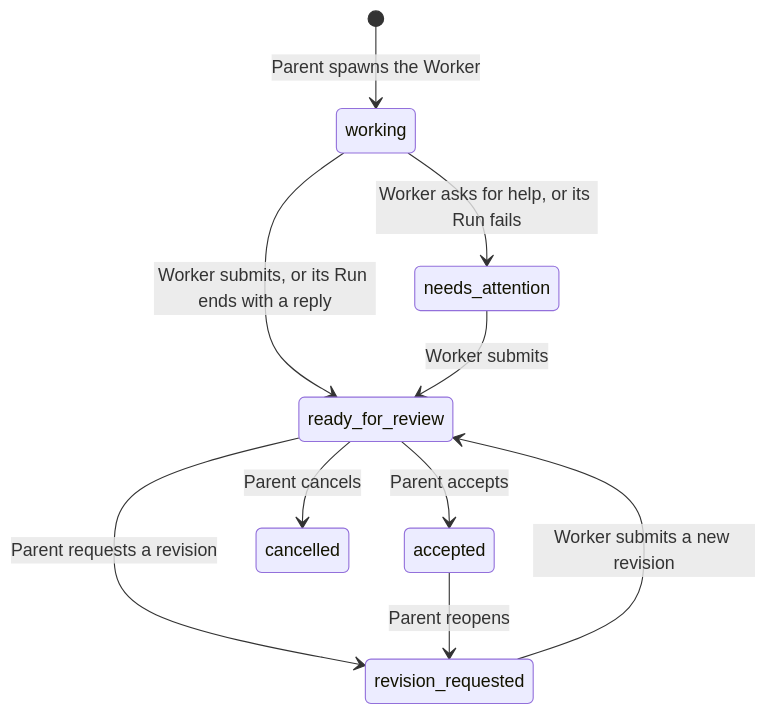
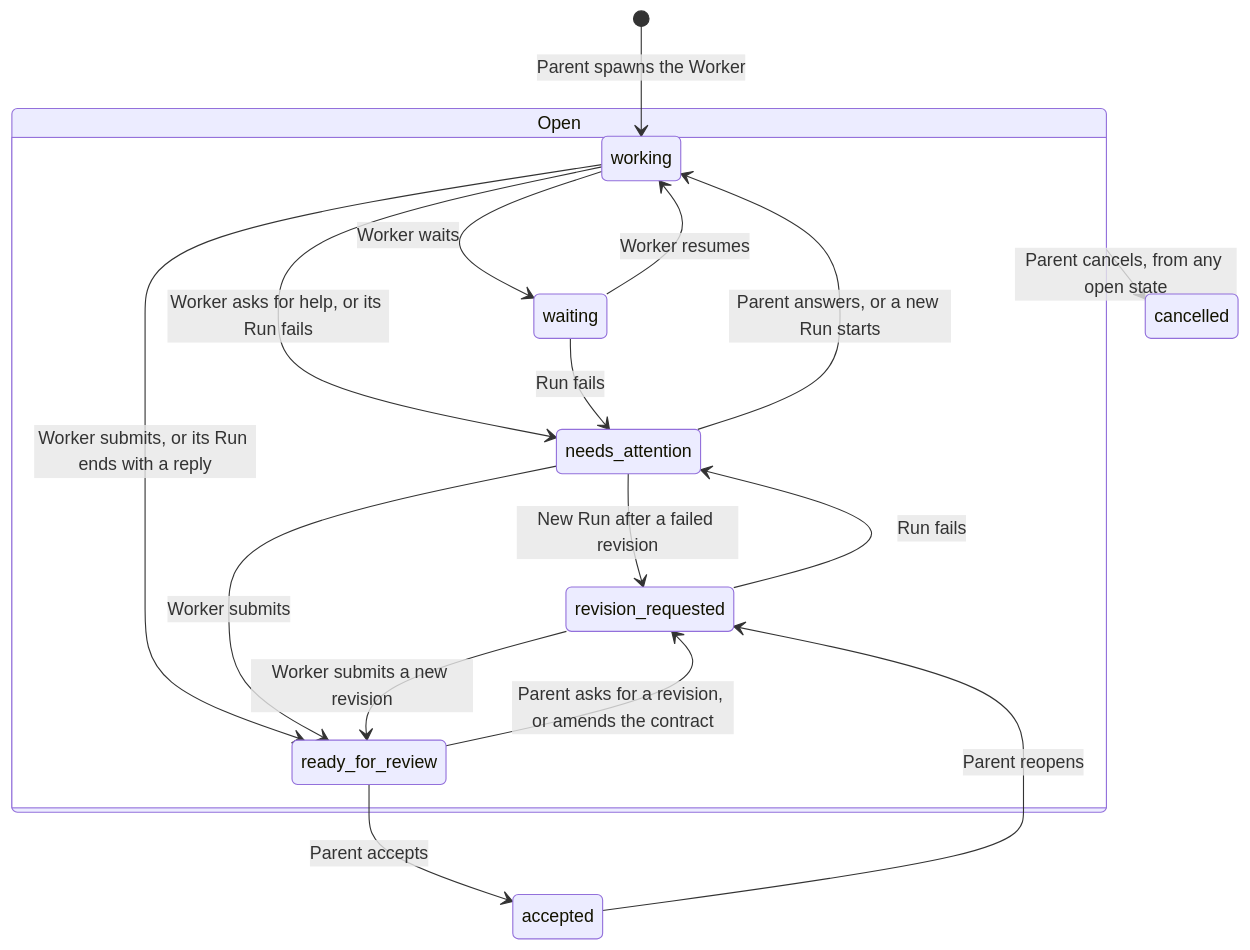
The second of 2 diagrams in website/src/content/docs/using-openwaggle/hives-and-sessions.md (OpenWaggle/OpenWaggle), drawn with Mermaid before and after one commit. The commit also changed other lines of this file and 12 other files, not shown here.

First line of the commit message:
docs(website): correct diagrams and claims found in the docs review

````diff
--- a/website/src/content/docs/using-openwaggle/hives-and-sessions.md
+++ b/website/src/content/docs/using-openwaggle/hives-and-sessions.md
@@ -138,12 +138,21 @@
 ```mermaid
+%% alt: The Delegation states and the main moves between them
 stateDiagram-v2
   [*] --> working: Parent spawns the Worker
-  working --> needs_attention: Worker asks for help, or its Run fails
-  working --> ready_for_review: Worker submits, or its Run ends with a reply
-  needs_attention --> ready_for_review: Worker submits
-  ready_for_review --> revision_requested: Parent requests a revision
-  revision_requested --> ready_for_review: Worker submits a new revision
+  state "Open" as open {
+    working --> waiting: Worker waits
+    waiting --> working: Worker resumes
+    working --> needs_attention: Worker asks for help, or its Run fails
+    waiting --> needs_attention: Run fails
+    needs_attention --> working: Parent answers, or a new Run starts
+    revision_requested --> needs_attention: Run fails
+    needs_attention --> revision_requested: New Run after a failed revision
+    working --> ready_for_review: Worker submits, or its Run ends with a reply
+    needs_attention --> ready_for_review: Worker submits
+    ready_for_review --> revision_requested: Parent asks for a revision, or amends the contract
+    revision_requested --> ready_for_review: Worker submits a new revision
+  }
   ready_for_review --> accepted: Parent accepts
   accepted --> revision_requested: Parent reopens
-  ready_for_review --> cancelled: Parent cancels
+  open --> cancelled: Parent cancels, from any open state
 ```
````
